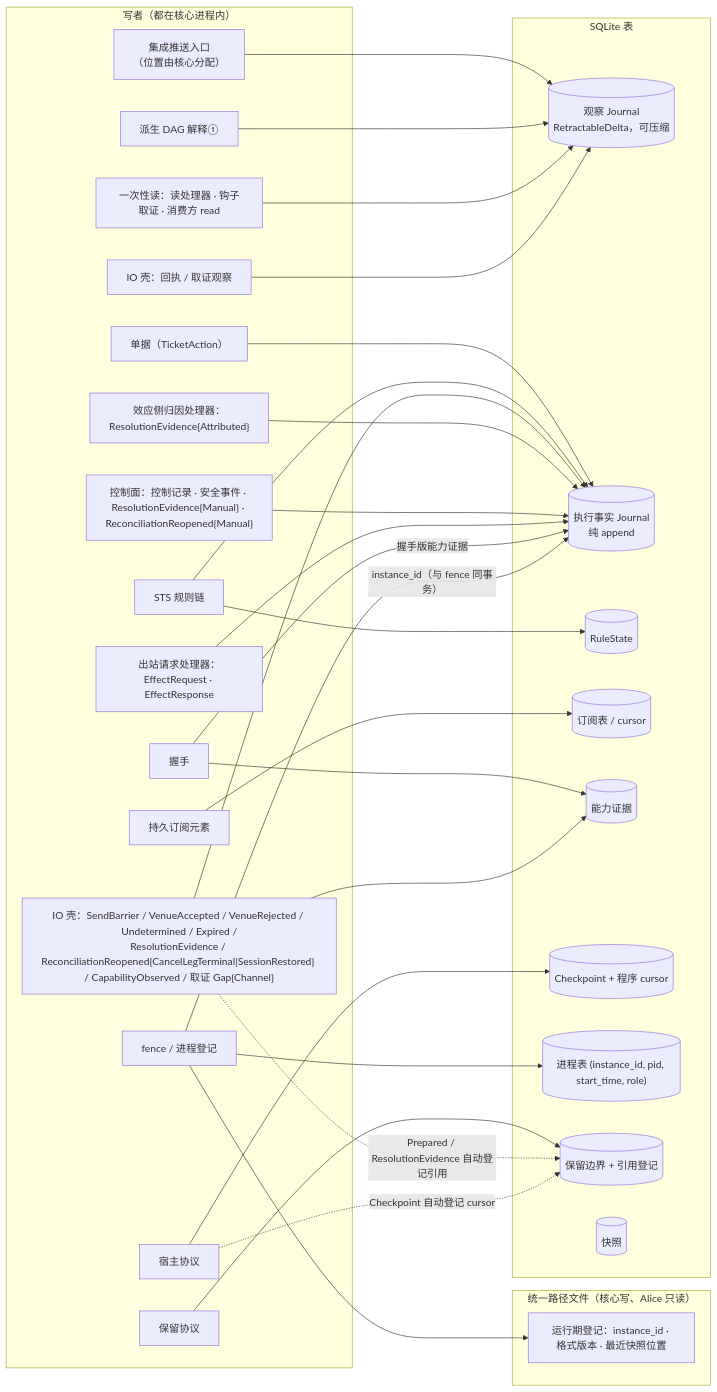
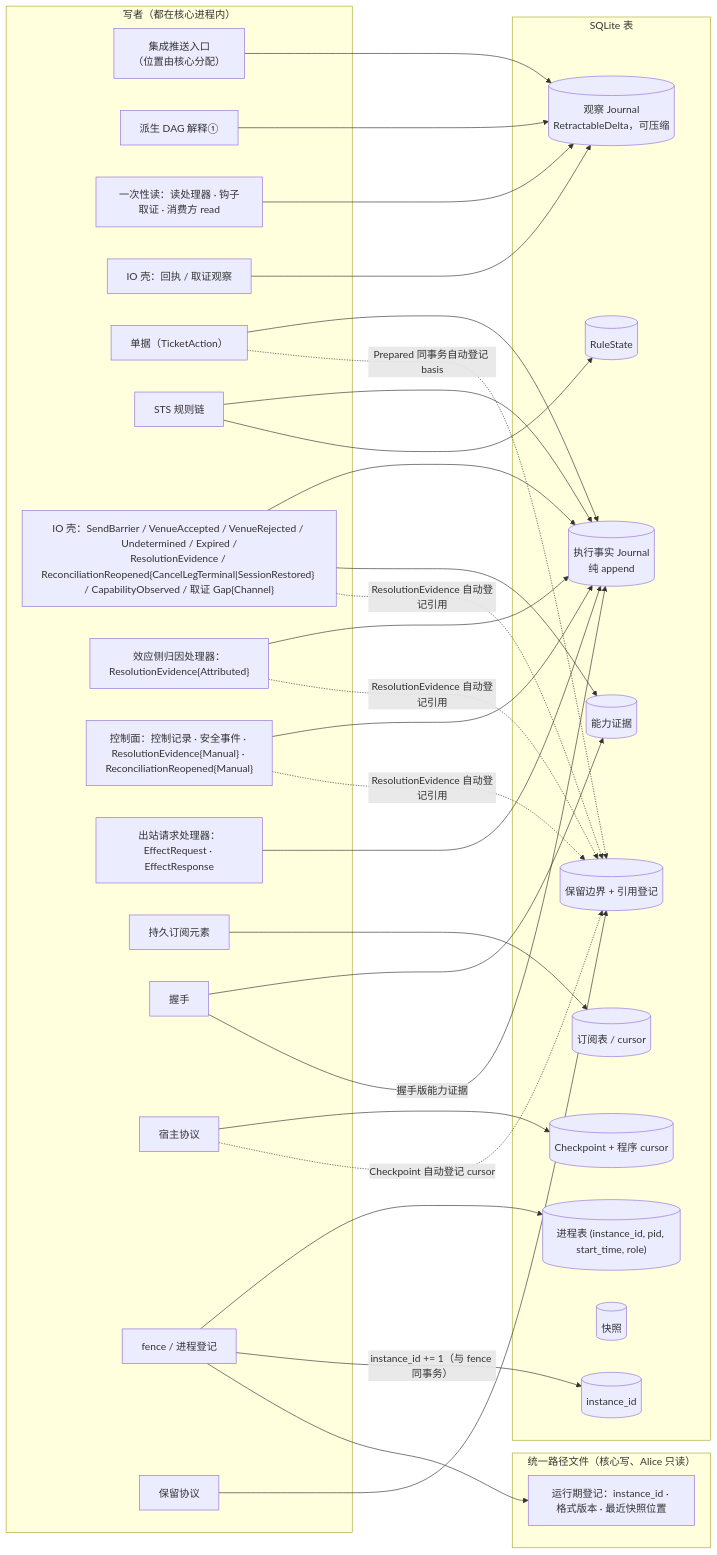
One commit to mouriya-s-lab/uta changed the fourth of 4 diagrams in design/diagrams/01-process-topology.md. Above: the diagram before and after it, drawn with Mermaid. The commit also changed other lines of this file and 24 other files, not shown here.

````diff
--- a/design/diagrams/01-process-topology.md
+++ b/design/diagrams/01-process-topology.md
@@ -136,56 +136,60 @@
 ```mermaid
 flowchart LR
   subgraph W["写者（都在核心进程内）"]
     PUSH["集成推送入口<br/>（位置由核心分配）"]
     DAG["派生 DAG 解释①"]
     RD["一次性读：读处理器 · 钩子取证 · 消费方 read"]
     IOR["IO 壳：回执 / 取证观察"]
     TK["单据（TicketAction）"]
     STS["STS 规则链"]
     IOE["IO 壳：SendBarrier / VenueAccepted / VenueRejected / Undetermined / Expired /<br/>ResolutionEvidence / ReconciliationReopened{CancelLegTerminal|SessionRestored} / CapabilityObserved / 取证 Gap{Channel}"]
     ATTR["效应侧归因处理器：ResolutionEvidence{Attributed}"]
     CTL["控制面：控制记录 · 安全事件 · ResolutionEvidence{Manual} · ReconciliationReopened{Manual}"]
     OUT["出站请求处理器：EffectRequest · EffectResponse"]
     SUBEL["持久订阅元素"]
     HS["握手"]
     HOSTP["宿主协议"]
     FENCE["fence / 进程登记"]
     RET["保留协议"]
   end
   subgraph T["SQLite 表"]
     OJ[("观察 Journal<br/>RetractableDelta，可压缩")]
     EJ[("执行事实 Journal<br/>纯 append")]
     RS[("RuleState")]
     SUB[("订阅表 / cursor")]
     CAP[("能力证据")]
     CK[("Checkpoint + 程序 cursor")]
     PT[("进程表 (instance_id, pid, start_time, role)")]
     RB[("保留边界 + 引用登记")]
     SN[("快照")]
+    IID[("instance_id")]
   end
   subgraph F["统一路径文件（核心写、Alice 只读）"]
     RUN["运行期登记：instance_id · 格式版本 · 最近快照位置"]
   end
   PUSH --> OJ
   DAG --> OJ
   RD --> OJ
   IOR --> OJ
   TK --> EJ
   STS --> EJ
   STS --> RS
   IOE --> EJ
   ATTR --> EJ
   CTL --> EJ
   OUT --> EJ
   SUBEL --> SUB
   HS --> CAP
   HS -->|"握手版能力证据"| EJ
   IOE --> CAP
   HOSTP --> CK
   FENCE --> PT
-  FENCE -->|"instance_id（与 fence 同事务）"| EJ
+  FENCE -->|"instance_id += 1（与 fence 同事务）"| IID
   FENCE --> RUN
   RET --> RB
-  IOE -.->|"Prepared / ResolutionEvidence 自动登记引用"| RB
+  TK -.->|"Prepared 同事务自动登记 basis"| RB
+  IOE -.->|"ResolutionEvidence 自动登记引用"| RB
+  ATTR -.->|"ResolutionEvidence 自动登记引用"| RB
+  CTL -.->|"ResolutionEvidence 自动登记引用"| RB
   HOSTP -.->|"Checkpoint 自动登记 cursor"| RB
 ```
````
